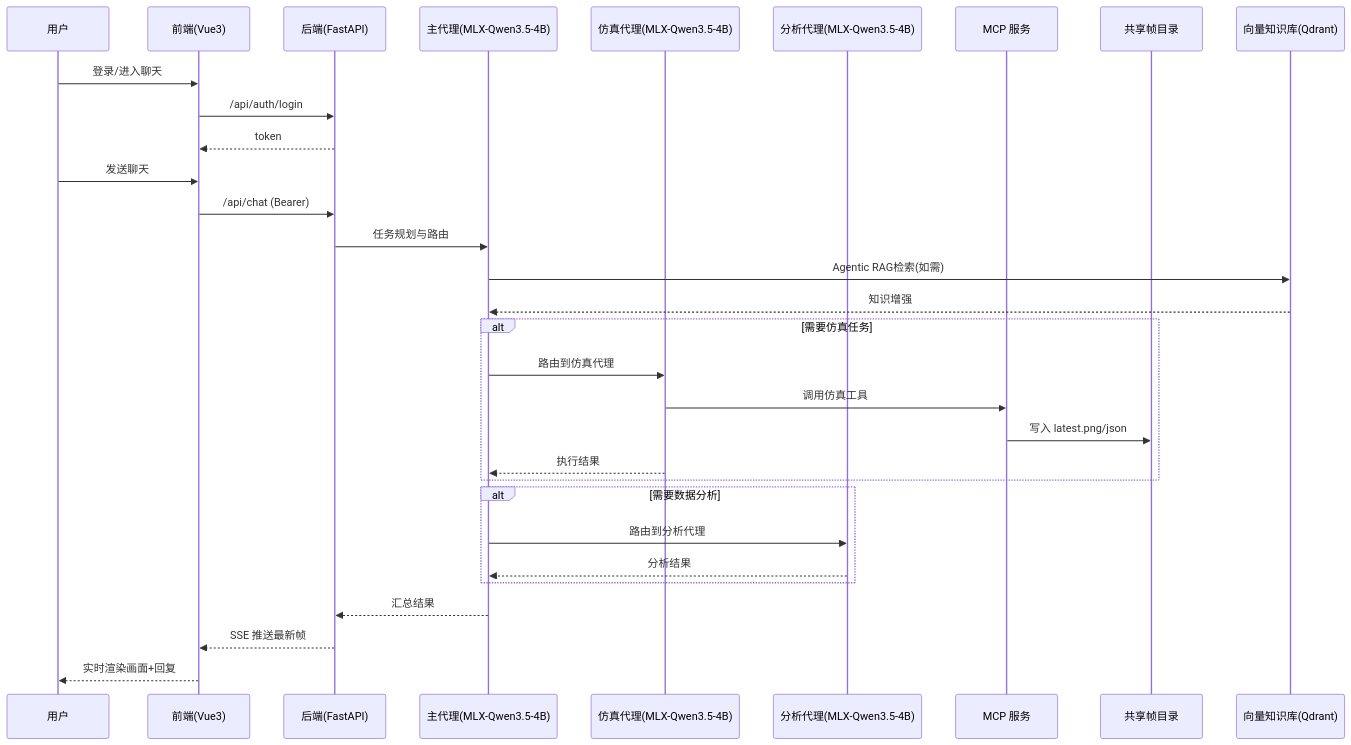
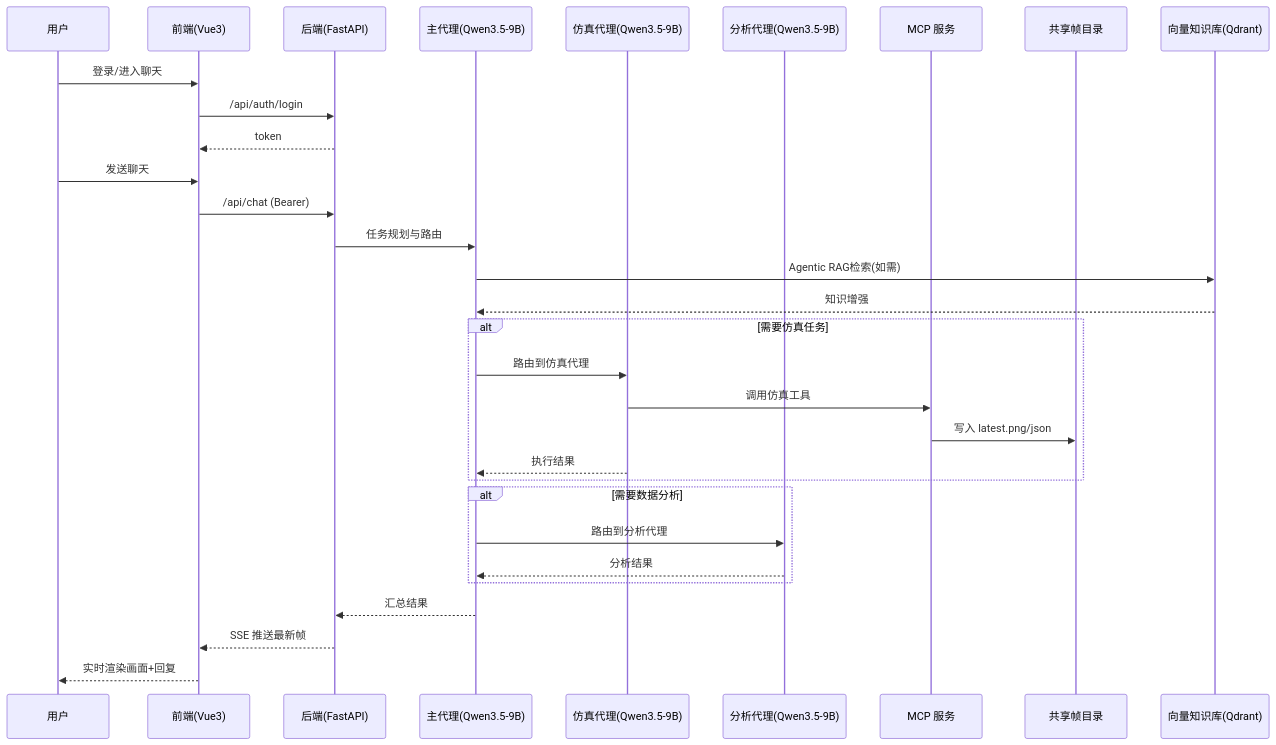
One commit to Playitcooool/robotagent changed the diagram in charts/sequence.md. Above: the diagram before and after it, drawn with Mermaid. The commit also changed 4 other files, not shown here.

First line of the commit message:
Update charts: fix outdated model names and requirements

````diff
--- a/charts/sequence.md
+++ b/charts/sequence.md
@@ -3,38 +3,38 @@
 ```mermaid
 sequenceDiagram
   participant U as 用户
   participant FE as 前端(Vue3)
   participant BE as 后端(FastAPI)
-  participant Main as 主代理(MLX-Qwen3.5-4B)
-  participant Sim as 仿真代理(MLX-Qwen3.5-4B)
-  participant Anal as 分析代理(MLX-Qwen3.5-4B)
+  participant Main as 主代理(Qwen3.5-9B)
+  participant Sim as 仿真代理(Qwen3.5-9B)
+  participant Anal as 分析代理(Qwen3.5-9B)
   participant MCP as MCP 服务
   participant SIM as 共享帧目录
   participant RAG as 向量知识库(Qdrant)
 
   U->>FE: 登录/进入聊天
   FE->>BE: /api/auth/login
   BE-->>FE: token
 
   U->>FE: 发送聊天
   FE->>BE: /api/chat (Bearer)
   BE->>Main: 任务规划与路由
   Main->>RAG: Agentic RAG检索(如需)
   RAG-->>Main: 知识增强
 
   alt 需要仿真任务
     Main->>Sim: 路由到仿真代理
     Sim->>MCP: 调用仿真工具
     MCP->>SIM: 写入 latest.png/json
     Sim-->>Main: 执行结果
   end
 
   alt 需要数据分析
     Main->>Anal: 路由到分析代理
     Anal-->>Main: 分析结果
   end
 
   Main-->>BE: 汇总结果
   BE-->>FE: SSE 推送最新帧
   FE-->>U: 实时渲染画面+回复
 ```
````
